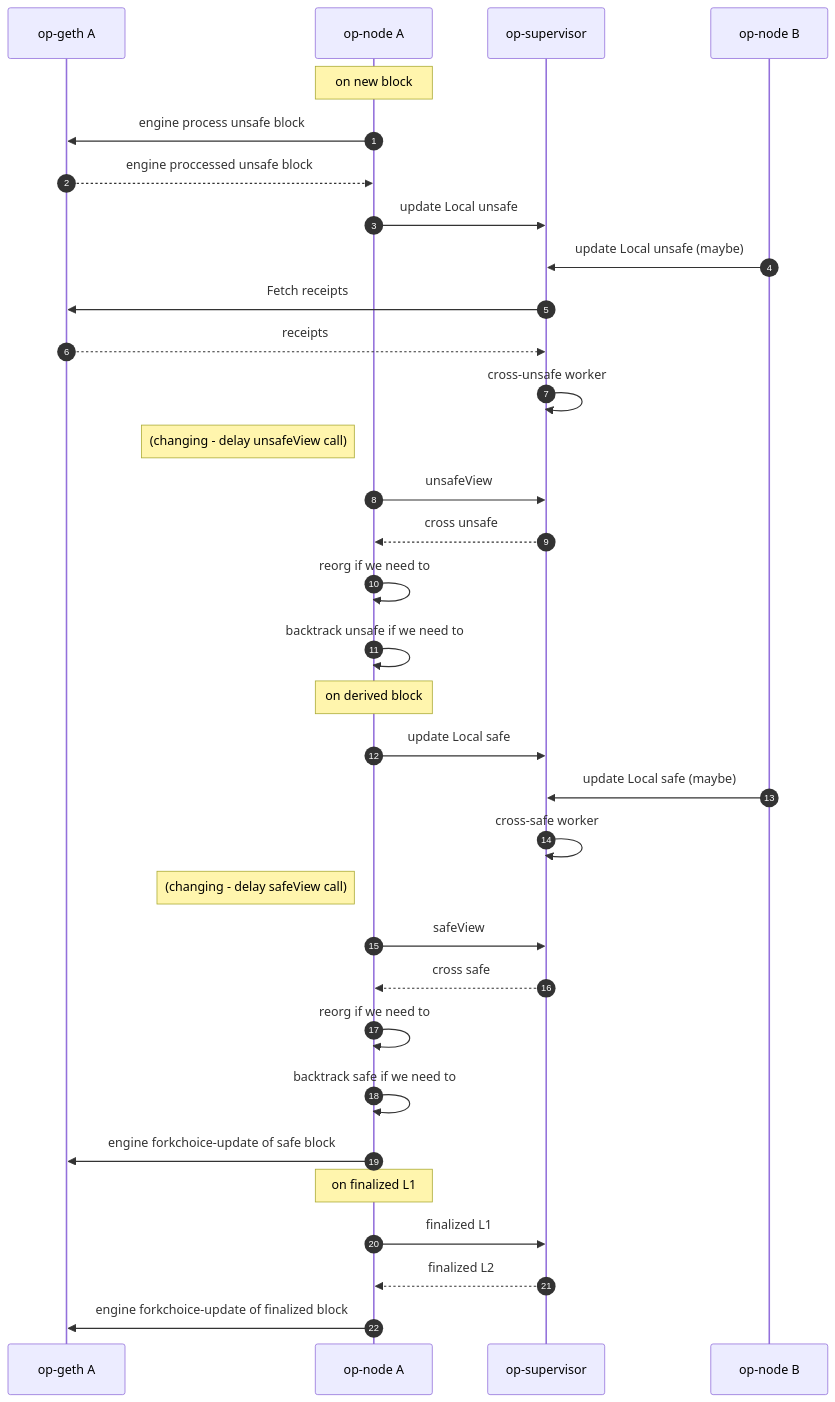
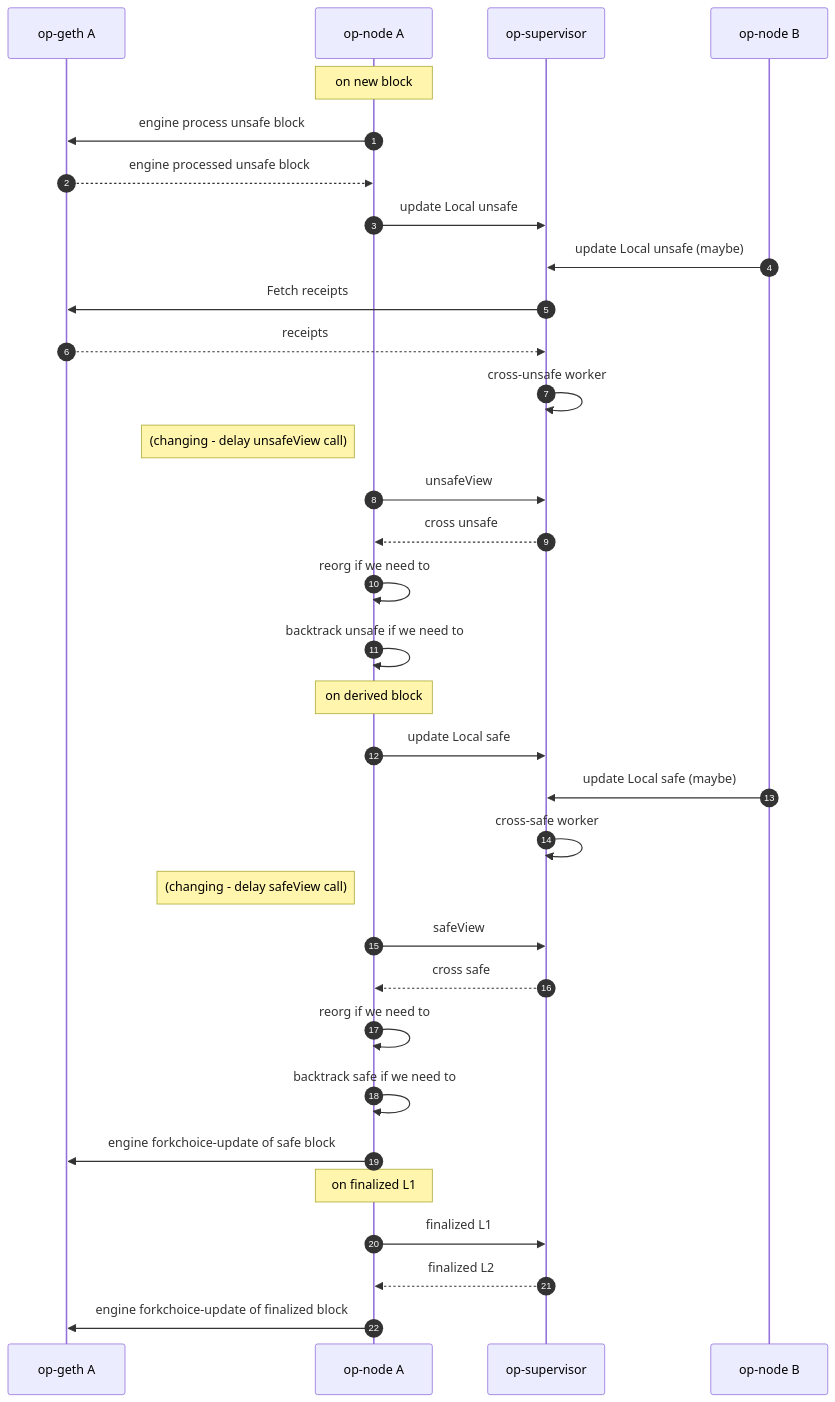
One commit to KellyHarte/locksmith-lab changed the second of 3 diagrams in op-supervisor/README.md. Above: the diagram before and after it, drawn with Mermaid. The commit also changed 3 other files, not shown here.

````diff
--- a/op-supervisor/README.md
+++ b/op-supervisor/README.md
@@ -108,50 +108,50 @@
 ```mermaid
 sequenceDiagram
 autonumber
 
 participant opgethA as op-geth A
 participant opnodeA as op-node A
 participant opsup as op-supervisor
 participant opnodeB as op-node B
 
 Note over opnodeA: on new block
 
 opnodeA ->> opgethA: engine process unsafe block
-opgethA -->> opnodeA: engine proccessed unsafe block
+opgethA -->> opnodeA: engine processed unsafe block
 opnodeA ->> opsup: update Local unsafe
 opnodeB ->> opsup: update Local unsafe (maybe)
 opsup ->> opgethA: Fetch receipts
 opgethA -->> opsup: receipts
 
 opsup ->> opsup: cross-unsafe worker
 
 Note left of opnodeA: (changing - delay unsafeView call)
 
 opnodeA ->> opsup: unsafeView
 opsup -->> opnodeA: cross unsafe
 opnodeA ->> opnodeA: reorg if we need to
 opnodeA ->> opnodeA: backtrack unsafe if we need to
 
 Note over opnodeA: on derived block
 
 opnodeA ->> opsup: update Local safe
 opnodeB ->> opsup: update Local safe (maybe)
 opsup ->> opsup: cross-safe worker
 
 Note left of opnodeA: (changing - delay safeView call)
 
 opnodeA ->> opsup: safeView
 opsup -->> opnodeA: cross safe
 
 opnodeA ->> opnodeA: reorg if we need to
 opnodeA ->> opnodeA: backtrack safe if we need to
 
 opnodeA->>opgethA: engine forkchoice-update of safe block
 
 Note over opnodeA: on finalized L1
 
 opnodeA->>opsup: finalized L1
 opsup-->>opnodeA: finalized L2
 
 opnodeA->>opgethA: engine forkchoice-update of finalized block
 ```
````
